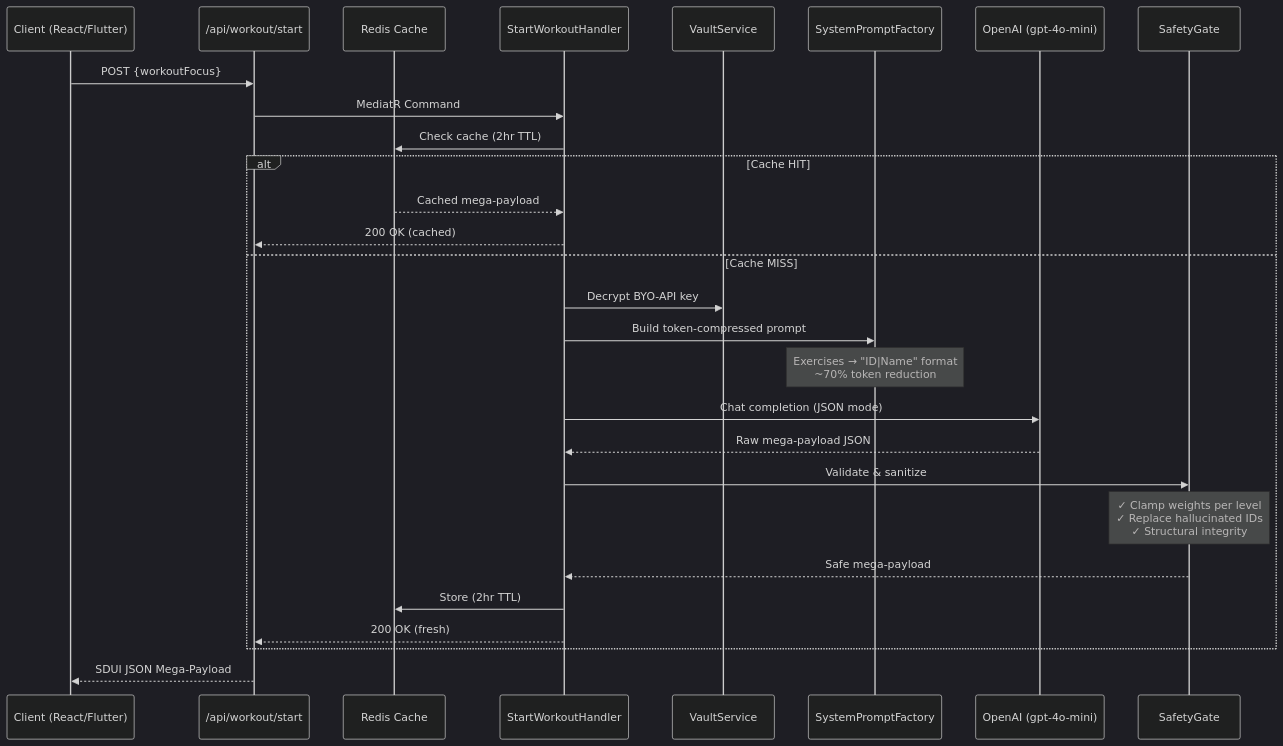
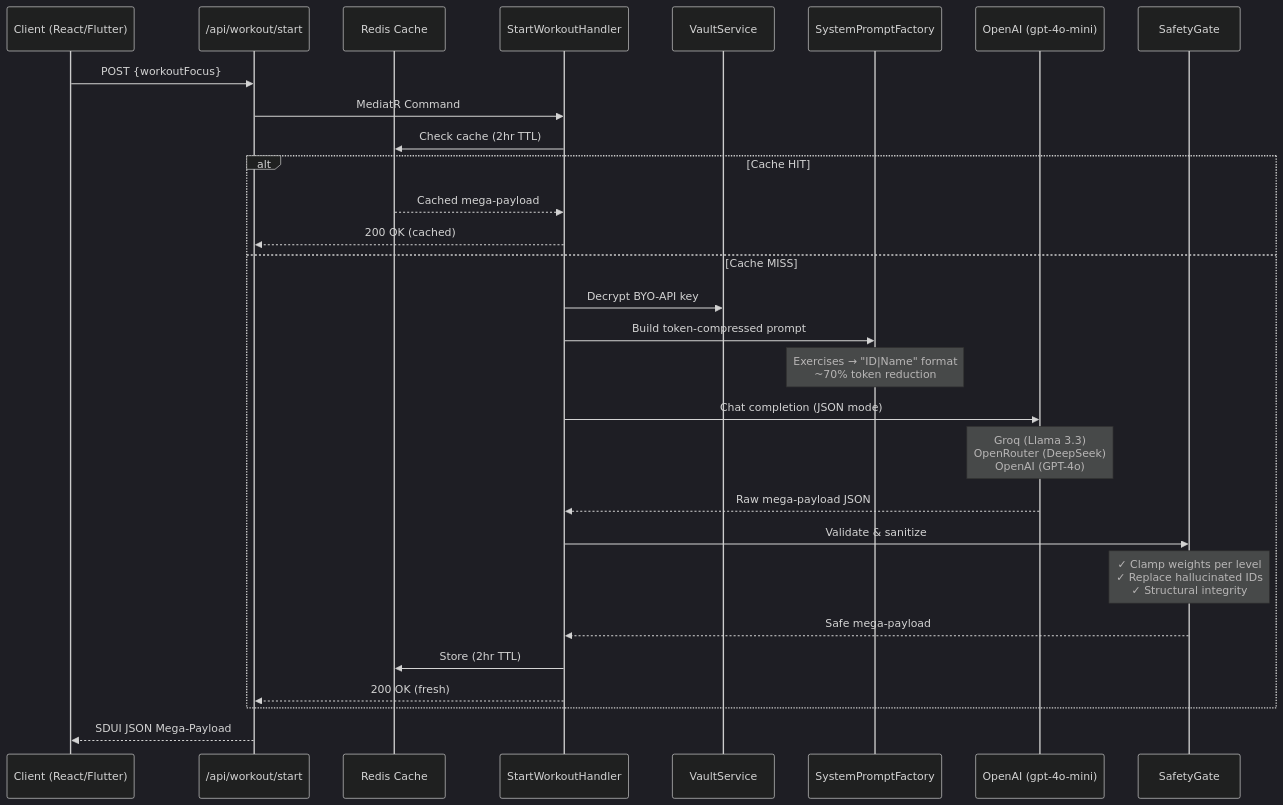
One commit to csa7mdm/GymBrain changed the second of 2 diagrams in README.md. Above: the diagram before and after it, drawn with Mermaid (dark theme). The commit also changed other lines of this file, not shown here.

Commit message:
docs: update roadmap and features to include multi-LLM support and React demo completion

````diff
--- a/README.md
+++ b/README.md
@@ -126,31 +127,32 @@
 ```mermaid
 sequenceDiagram
     participant C as Client (React/Flutter)
     participant API as /api/workout/start
     participant Cache as Redis Cache
     participant H as StartWorkoutHandler
     participant V as VaultService
     participant P as SystemPromptFactory
     participant LLM as OpenAI (gpt-4o-mini)
     participant SG as SafetyGate
 
     C->>API: POST {workoutFocus}
     API->>H: MediatR Command
     H->>Cache: Check cache (2hr TTL)
     alt Cache HIT
         Cache-->>H: Cached mega-payload
         H-->>API: 200 OK (cached)
     else Cache MISS
         H->>V: Decrypt BYO-API key
         H->>P: Build token-compressed prompt
         Note over P: Exercises → "ID|Name" format<br/>~70% token reduction
         H->>LLM: Chat completion (JSON mode)
+        Note over LLM: Groq (Llama 3.3)<br/>OpenRouter (DeepSeek)<br/>OpenAI (GPT-4o)
         LLM-->>H: Raw mega-payload JSON
         H->>SG: Validate & sanitize
         Note over SG: ✓ Clamp weights per level<br/>✓ Replace hallucinated IDs<br/>✓ Structural integrity
         SG-->>H: Safe mega-payload
         H->>Cache: Store (2hr TTL)
         H-->>API: 200 OK (fresh)
     end
     API-->>C: SDUI JSON Mega-Payload
 ```
````
